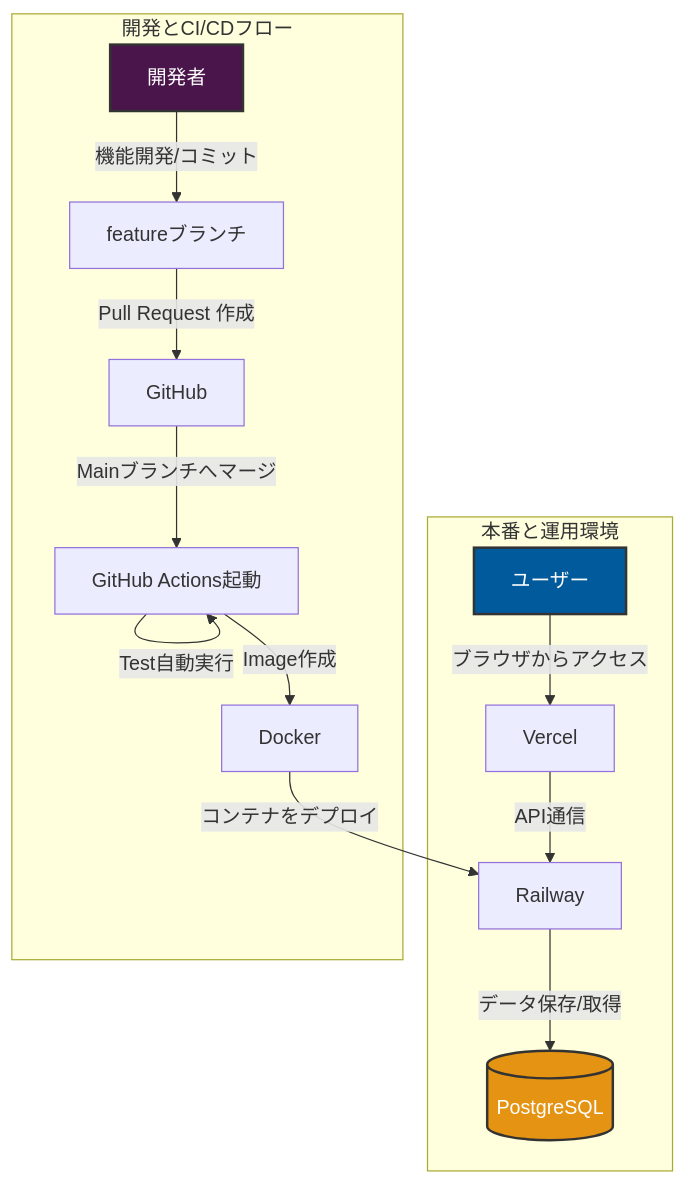
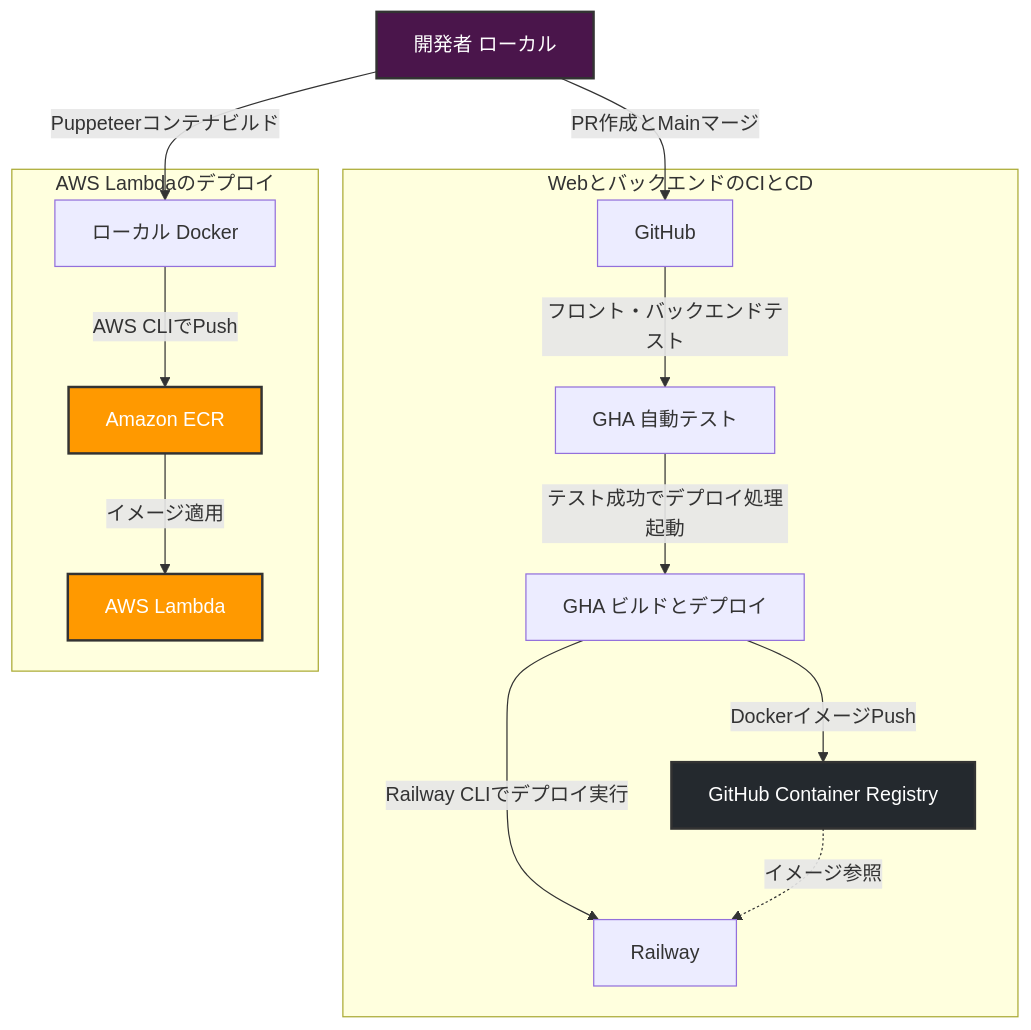
The fourth of 4 diagrams in README.md (masa2401/FullStack-CreateSkillSheet), drawn with Mermaid before and after one commit. The commit also changed other lines of this file, not shown here.

Commit message:
Readme構造図修正

````diff
--- a/README.md
+++ b/README.md
@@ -21,25 +212,37 @@
 ```mermaid
 graph TD
-        %% 本番環境とユーザーの流れ
-    subgraph ProductionEnv [本番と運用環境]
-        User[ユーザー] -->|ブラウザからアクセス| Vercel[Vercel]
-        Vercel -->|API通信| Railway[Railway]
-        Railway -->|データ保存/取得| PostgreSQL[(PostgreSQL)]
+    Developer[開発者 ローカル]
+
+    subgraph AppDeploy [WebとバックエンドのCIとCD]
+        GitHub[GitHub]
+        GHATest[GHA 自動テスト]
+        GHADeploy[GHA ビルドとデプロイ]
+        GHCR[GitHub Container Registry]
+        Railway[Railway]
     end
 
-    %% 開発とCI/CDの流れ
-    subgraph CICDflow [開発とCI/CDフロー]
-        Developer[開発者] -->|機能開発/コミット| FeatureBranch[featureブランチ]
-        FeatureBranch -->|Pull Request 作成| GitHub[GitHub]
-        GitHub -->|Mainブランチへマージ| GHA[GitHub Actions起動]
-        GHA -->|Test自動実行| GHA
-        GHA -->|Image作成| Docker[Docker]
-        Docker -->|コンテナをデプロイ| Railway[Railway]
+    subgraph LambdaDeploy [AWS Lambdaのデプロイ]
+        LocalDocker[ローカル Docker]
+        ECR[Amazon ECR]
+        Lambda[AWS Lambda]
     end
 
-    %% スタイルの微調整
+    %% アプリ本体のデプロイフロー
+    Developer -->|PR作成とMainマージ| GitHub
+    GitHub -->|フロント・バックエンドテスト| GHATest
+    GHATest -->|テスト成功でデプロイ処理起動| GHADeploy
+    GHADeploy -->|DockerイメージPush| GHCR
+    GHADeploy -->|Railway CLIでデプロイ実行| Railway
+    GHCR -.->|イメージ参照| Railway
+
+    %% AWS Lambdaのデプロイフロー
+    Developer -->|Puppeteerコンテナビルド| LocalDocker
+    LocalDocker -->|AWS CLIでPush| ECR
+    ECR -->|イメージ適用| Lambda
+
+    %% スタイルの設定
     style Developer fill:#4A154B,stroke:#333,stroke-width:2px,color:#fff
-    style User fill:#005A9C,stroke:#333,stroke-width:2px,color:#fff
-    style PostgreSQL fill:#E49313,stroke:#333,stroke-width:2px,color:#fff
-
+    style Lambda fill:#FF9900,stroke:#333,stroke-width:2px,color:#fff
+    style ECR fill:#FF9900,stroke:#333,stroke-width:2px,color:#fff
+    style GHCR fill:#24292e,stroke:#333,stroke-width:2px,color:#fff
 ```
````
